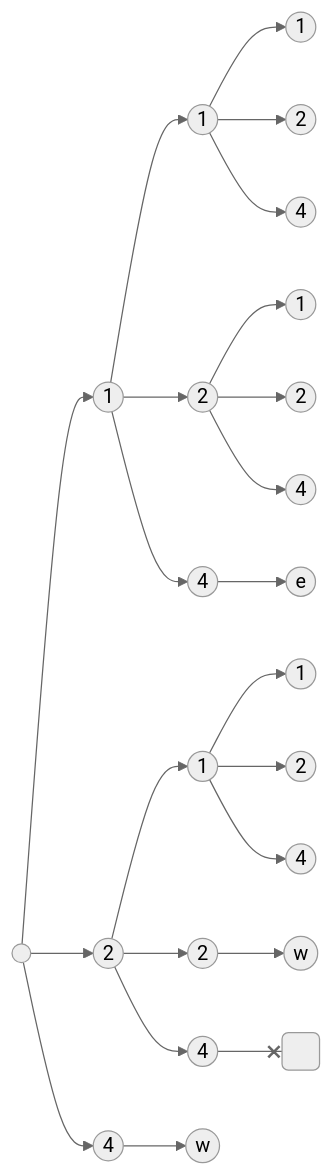
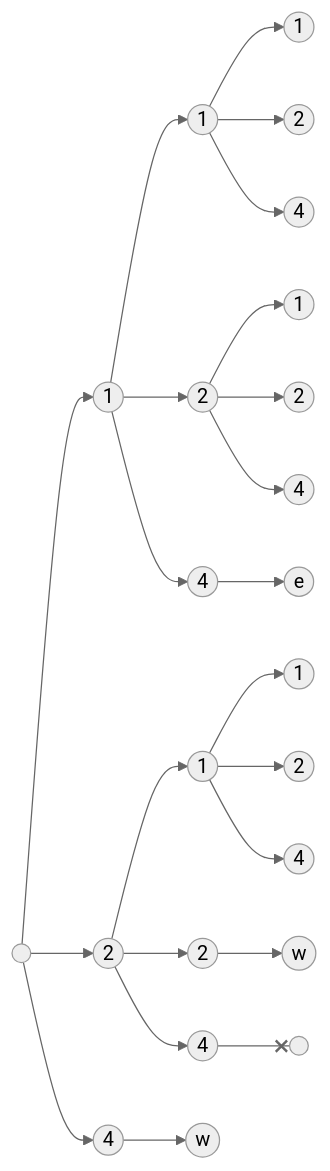
Before and after one commit to innin-jam/bwinf25: the third of 5 diagrams in README.md, drawn with Mermaid (neutral theme). The commit also changed other lines of this file, not shown here.

````diff
--- a/README.md
+++ b/README.md
@@ -86,14 +86,13 @@
 ```mermaid
 flowchart LR
-
     a(( )) --> 1((1)) & 2((2)) & 4((4))
     1 --> 1.1((1)) & 1.2((2)) & 1.4((4))
     2 --> 2.1((1)) & 2.2((2)) & 2.4((4))
     4 --> 4.exit((w))
     1.1 --> 1.1.1((1)) & 1.1.2((2)) & 1.1.4((4))
     1.2 --> 1.2.1((1)) & 1.2.2((2)) & 1.2.4((4))
     1.4 --> 1.4.exit((e))
     2.1 --> 2.1.1((1)) & 2.1.2((2)) & 2.1.4((4))
     2.2 --> 2.2.exit((w))
-    2.4 --x 2.4.exit( )
+    2.4 --x 2.4.exit(( ))
 ```
````
